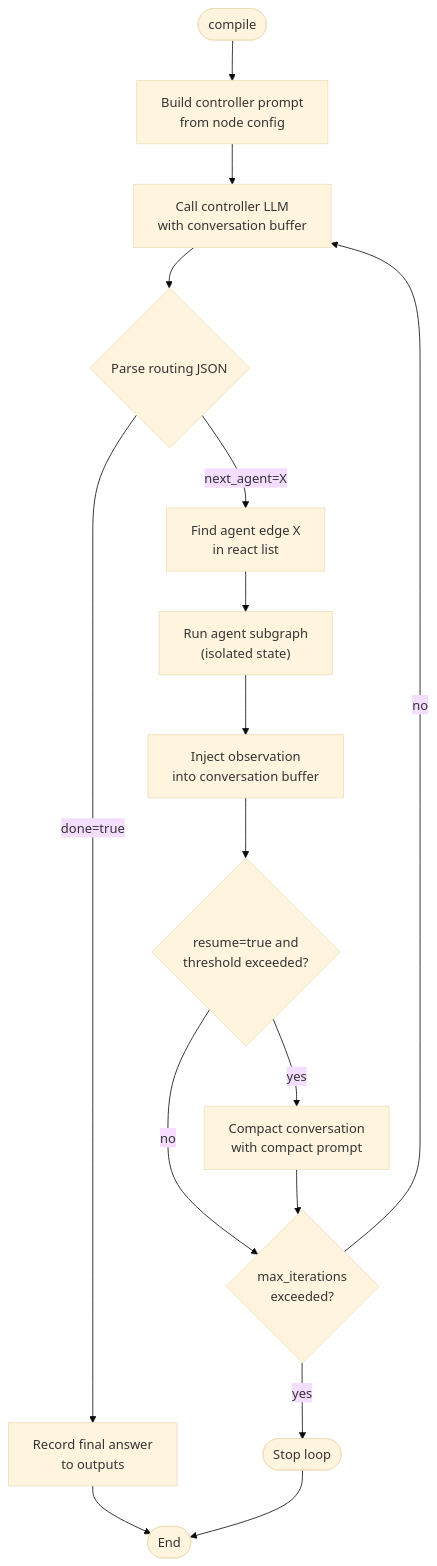
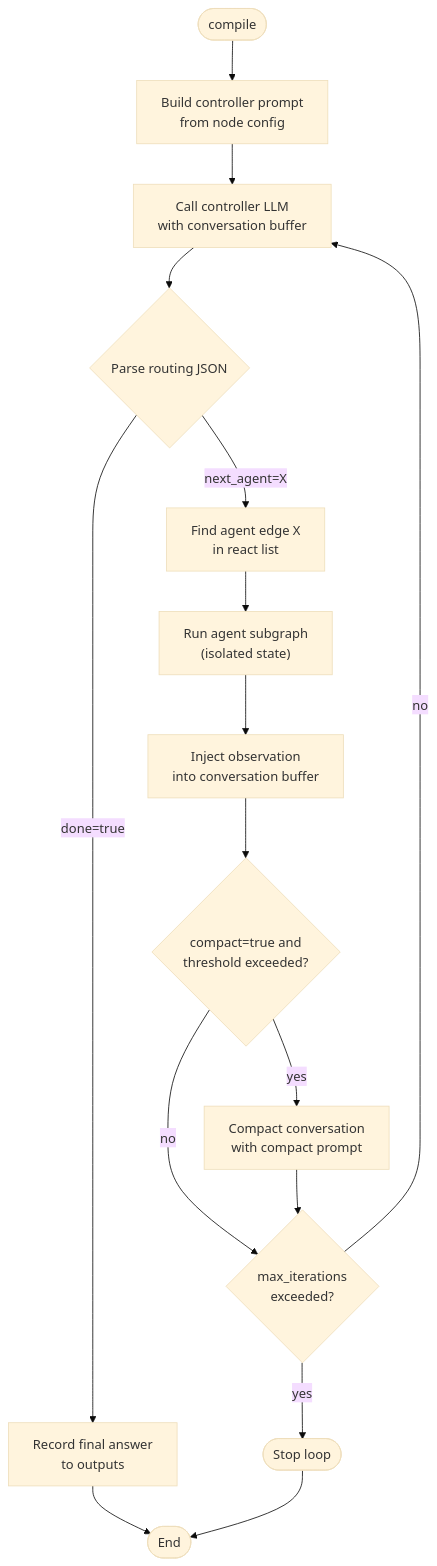
Before and after one commit to Kedos-srl/kegal: the third of 9 diagrams in docs/graph_doc.md, drawn with Mermaid (base theme). The commit also changed other lines of this file and 15 other files, not shown here.

First line of the commit message:
rename: resume/resume_threshold → compact/compact_threshold in NodeReact

````diff
--- a/docs/graph_doc.md
+++ b/docs/graph_doc.md
@@ -680,18 +680,18 @@
 ```mermaid
 flowchart TD
     START([compile]) --> BUILD[Build controller prompt\nfrom node config]
     BUILD --> CALL[Call controller LLM\nwith conversation buffer]
     CALL --> PARSE{Parse routing JSON}
     PARSE -- done=true --> FINAL[Record final answer\nto outputs]
     PARSE -- next_agent=X --> FIND[Find agent edge X\nin react list]
     FIND --> RUN["Run agent subgraph\n(isolated state)"]
     RUN --> OBS[Inject observation\ninto conversation buffer]
-    OBS --> RESUME{resume=true and\nthreshold exceeded?}
+    OBS --> RESUME{compact=true and\nthreshold exceeded?}
     RESUME -- yes --> COMPACT[Compact conversation\nwith compact prompt]
     RESUME -- no --> CHECK
     COMPACT --> CHECK{max_iterations\nexceeded?}
     CHECK -- no --> CALL
     CHECK -- yes --> STOP([Stop loop])
     FINAL --> END([End])
     STOP --> END
 ```
````
